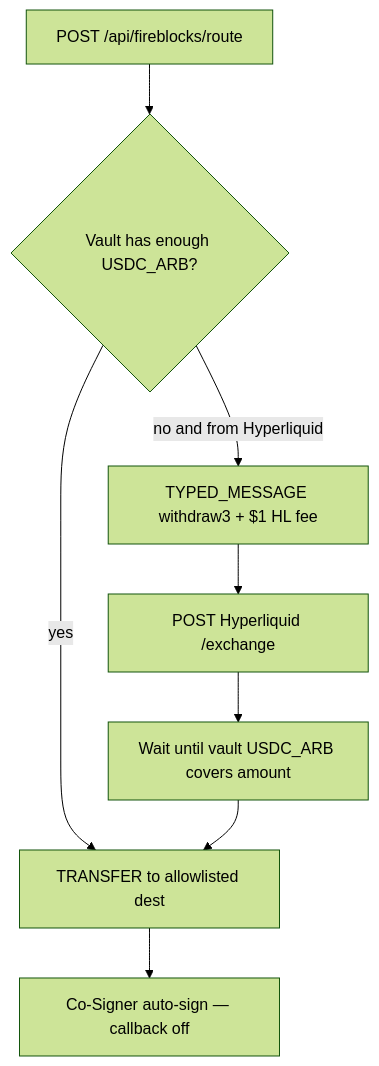
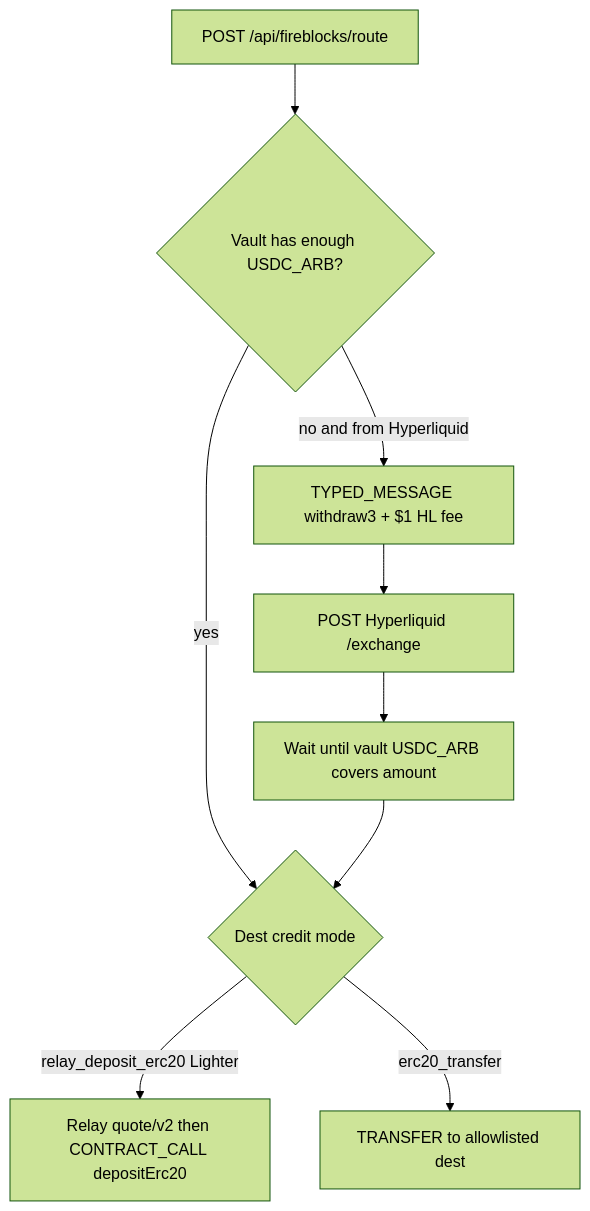
The third of 3 diagrams in docs/MANUAL.md (JellyCWenning/signet), drawn with Mermaid (forest theme) before and after one commit. The commit also changed other lines of this file and 6 other files, not shown here.

First line of the commit message:
Stop ERC20 TRANSFER to Lighter Relay Depository

````diff
--- a/docs/MANUAL.md
+++ b/docs/MANUAL.md
@@ -238,10 +240,11 @@
 ```mermaid
 flowchart TD
   A[POST /api/fireblocks/route] --> B{Vault has enough USDC_ARB?}
-  B -->|yes| T[TRANSFER to allowlisted dest]
+  B -->|yes| C{Dest credit mode}
   B -->|no and from Hyperliquid| W[TYPED_MESSAGE withdraw3 + $1 HL fee]
   W --> H[POST Hyperliquid /exchange]
   H --> V[Wait until vault USDC_ARB covers amount]
-  V --> T
-  T --> C[Co-Signer auto-sign — callback off]
+  V --> C
+  C -->|relay_deposit_erc20 Lighter| R[Relay quote/v2 then CONTRACT_CALL depositErc20]
+  C -->|erc20_transfer| T[TRANSFER to allowlisted dest]
 ```
````
